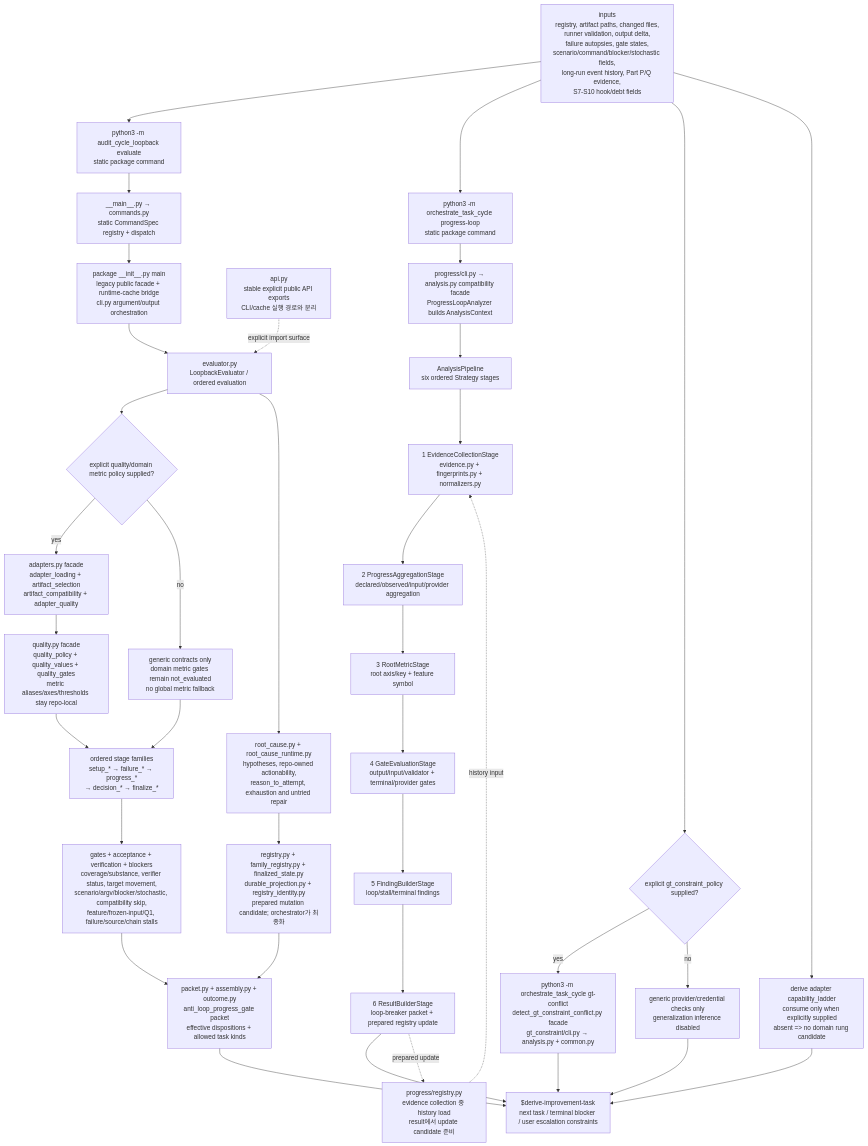
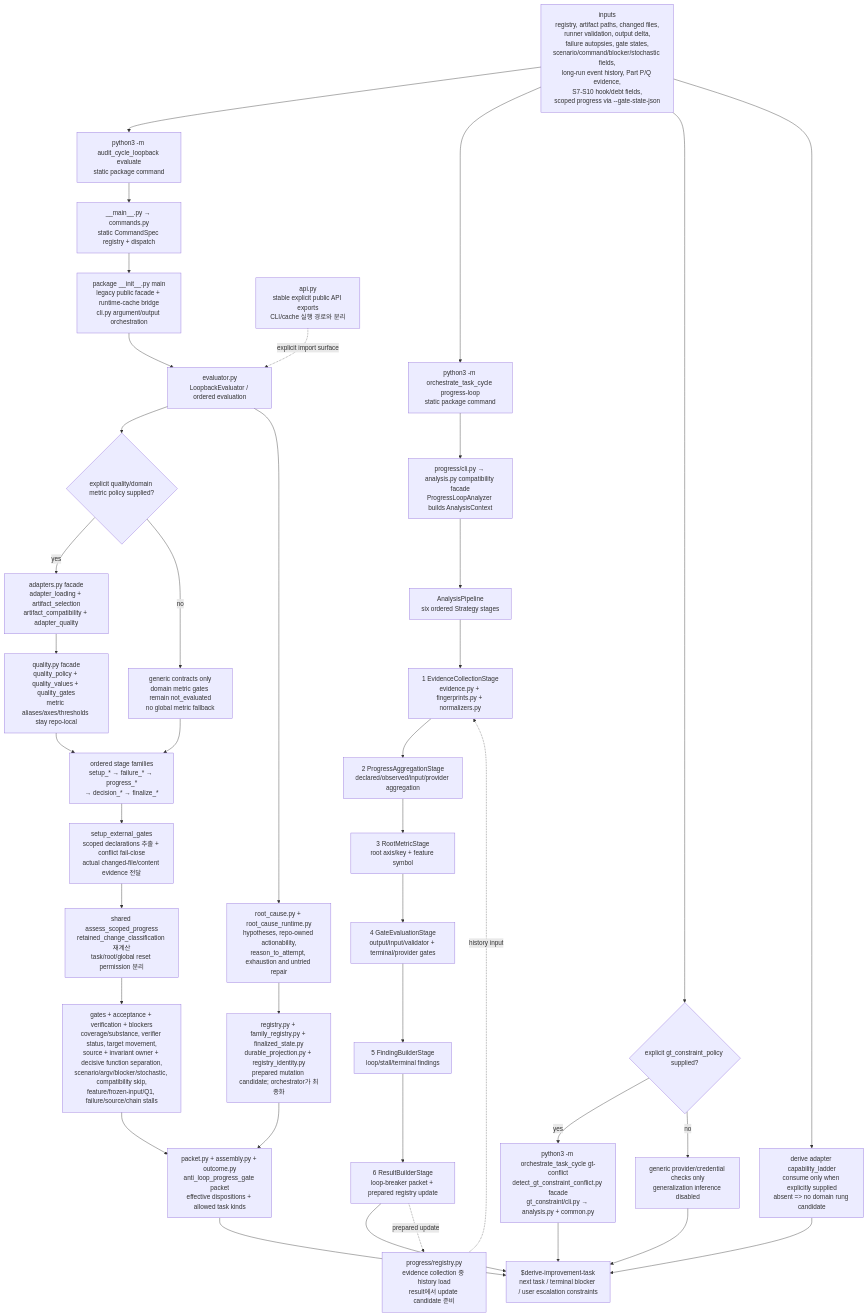
The eighth of 9 diagrams in README.md (sw1029/workflow_swfool), drawn with Mermaid before and after one commit. The commit also changed other lines of this file and 11 other files, not shown here.

First line of the commit message:
Harden scoped progress and validation scope

````diff
--- a/README.md
+++ b/README.md
@@ -452,54 +460,56 @@
 ```mermaid
 flowchart TD
-  Inputs["inputs<br/>registry, artifact paths, changed files,<br/>runner validation, output delta,<br/>failure autopsies, gate states,<br/>scenario/command/blocker/stochastic fields,<br/>long-run event history, Part P/Q evidence,<br/>S7-S10 hook/debt fields"]
+  Inputs["inputs<br/>registry, artifact paths, changed files,<br/>runner validation, output delta,<br/>failure autopsies, gate states,<br/>scenario/command/blocker/stochastic fields,<br/>long-run event history, Part P/Q evidence,<br/>S7-S10 hook/debt fields,<br/>scoped progress via --gate-state-json"]
 
   LoopbackCLI["python3 -m audit_cycle_loopback evaluate<br/>static package command"]
   LoopbackDispatch["__main__.py → commands.py<br/>static CommandSpec registry + dispatch"]
   LoopbackFacade["package __init__.py main<br/>legacy public facade + runtime-cache bridge<br/>cli.py argument/output orchestration"]
   LoopbackAPI["api.py<br/>stable explicit public API exports<br/>CLI/cache 실행 경로와 분리"]
   LoopbackEval["evaluator.py<br/>LoopbackEvaluator / ordered evaluation"]
   AdapterPolicy{"explicit quality/domain metric policy supplied?"}
   AdapterLayer["adapters.py facade<br/>adapter_loading + artifact_selection<br/>artifact_compatibility + adapter_quality"]
   QualityLayer["quality.py facade<br/>quality_policy + quality_values + quality_gates<br/>metric aliases/axes/thresholds stay repo-local"]
   GenericOnly["generic contracts only<br/>domain metric gates remain not_evaluated<br/>no global metric fallback"]
   EvalStages["ordered stage families<br/>setup_* → failure_* → progress_*<br/>→ decision_* → finalize_*"]
-  LoopGates["gates + acceptance + verification + blockers<br/>coverage/substance, verifier status, target movement,<br/>scenario/argv/blocker/stochastic, compatibility skip,<br/>feature/frozen-input/Q1, failure/source/chain stalls"]
+  ScopedSelect["setup_external_gates<br/>scoped declarations 추출 + conflict fail-close<br/>actual changed-file/content evidence 전달"]
+  ScopedAssess["shared assess_scoped_progress<br/>retained_change_classification 재계산<br/>task/root/global reset permission 분리"]
+  LoopGates["gates + acceptance + verification + blockers<br/>coverage/substance, verifier status, target movement,<br/>source + invariant owner + decisive function separation,<br/>scenario/argv/blocker/stochastic, compatibility skip,<br/>feature/frozen-input/Q1, failure/source/chain stalls"]
   RootCause["root_cause.py + root_cause_runtime.py<br/>hypotheses, repo-owned actionability,<br/>reason_to_attempt, exhaustion and untried repair"]
   LoopRegistry["registry.py + family_registry.py + finalized_state.py<br/>durable_projection.py + registry_identity.py<br/>prepared mutation candidate; orchestrator가 최종화"]
   LoopPacket["packet.py + assembly.py + outcome.py<br/>anti_loop_progress_gate packet<br/>effective dispositions + allowed task kinds"]
 
   DetectCLI["python3 -m orchestrate_task_cycle progress-loop<br/>static package command"]
   DetectFacade["progress/cli.py → analysis.py compatibility facade<br/>ProgressLoopAnalyzer builds AnalysisContext"]
   DetectPipeline["AnalysisPipeline<br/>six ordered Strategy stages"]
   DetectEvidence["1 EvidenceCollectionStage<br/>evidence.py + fingerprints.py + normalizers.py"]
   DetectAggregate["2 ProgressAggregationStage<br/>declared/observed/input/provider aggregation"]
   DetectRoots["3 RootMetricStage<br/>root axis/key + feature symbol"]
   DetectGates["4 GateEvaluationStage<br/>output/input/validator + terminal/provider gates"]
   DetectFindings["5 FindingBuilderStage<br/>loop/stall/terminal findings"]
   DetectResult["6 ResultBuilderStage<br/>loop-breaker packet + prepared registry update"]
   DetectRegistry["progress/registry.py<br/>evidence collection 중 history load<br/>result에서 update candidate 준비"]
 
   GTPolicy{"explicit gt_constraint_policy supplied?"}
   GTDetector["python3 -m orchestrate_task_cycle gt-conflict<br/>detect_gt_constraint_conflict.py facade<br/>gt_constraint/cli.py → analysis.py + common.py"]
   GTGeneric["generic provider/credential checks only<br/>generalization inference disabled"]
   Capability["derive adapter capability_ladder<br/>consume only when explicitly supplied<br/>absent => no domain rung candidate"]
 
   Derive["$derive-improvement-task<br/>next task / terminal blocker / user escalation constraints"]
 
   Inputs --> LoopbackCLI --> LoopbackDispatch --> LoopbackFacade --> LoopbackEval
   LoopbackAPI -. explicit import surface .-> LoopbackEval
   LoopbackEval --> AdapterPolicy
   AdapterPolicy -- yes --> AdapterLayer --> QualityLayer --> EvalStages
   AdapterPolicy -- no --> GenericOnly --> EvalStages
-  EvalStages --> LoopGates --> LoopPacket
+  EvalStages --> ScopedSelect --> ScopedAssess --> LoopGates --> LoopPacket
   LoopbackEval --> RootCause --> LoopRegistry --> LoopPacket
   LoopPacket --> Derive
 
   Inputs --> DetectCLI --> DetectFacade --> DetectPipeline --> DetectEvidence --> DetectAggregate --> DetectRoots --> DetectGates --> DetectFindings --> DetectResult --> Derive
   DetectRegistry -. history input .-> DetectEvidence
   DetectResult -. prepared update .-> DetectRegistry
   Inputs --> GTPolicy
   GTPolicy -- yes --> GTDetector --> Derive
   GTPolicy -- no --> GTGeneric --> Derive
   Inputs --> Capability --> Derive
 ```
````
